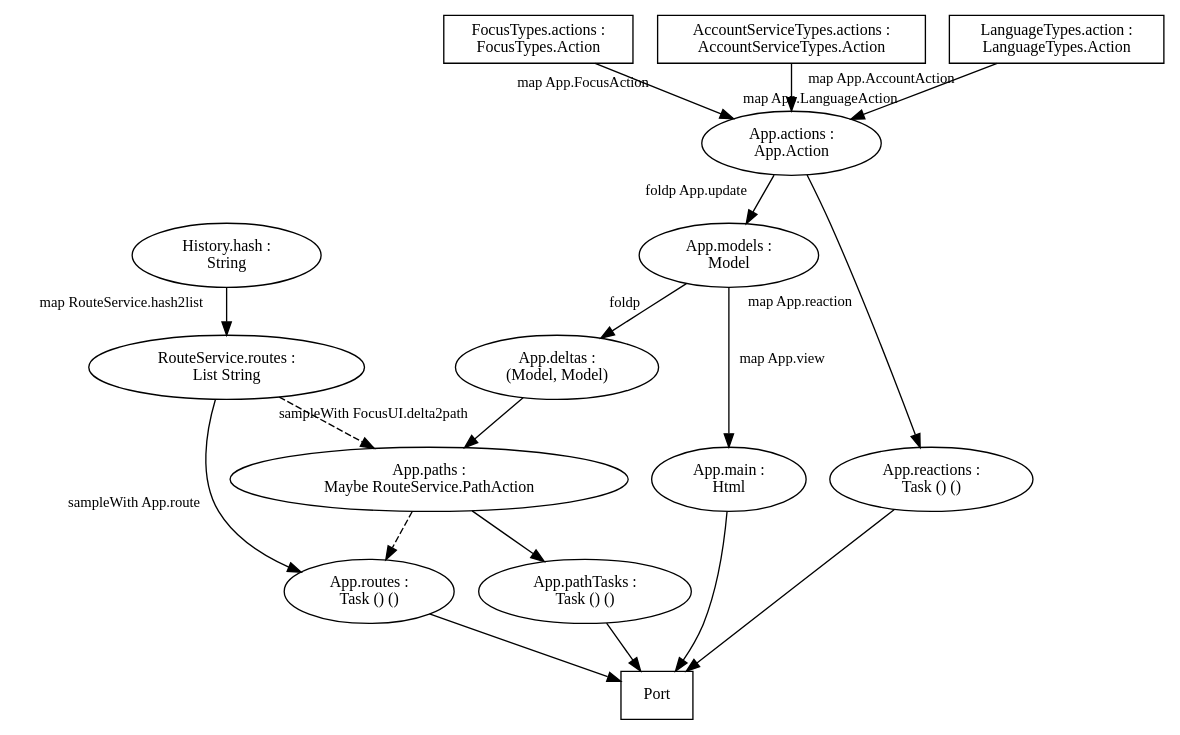
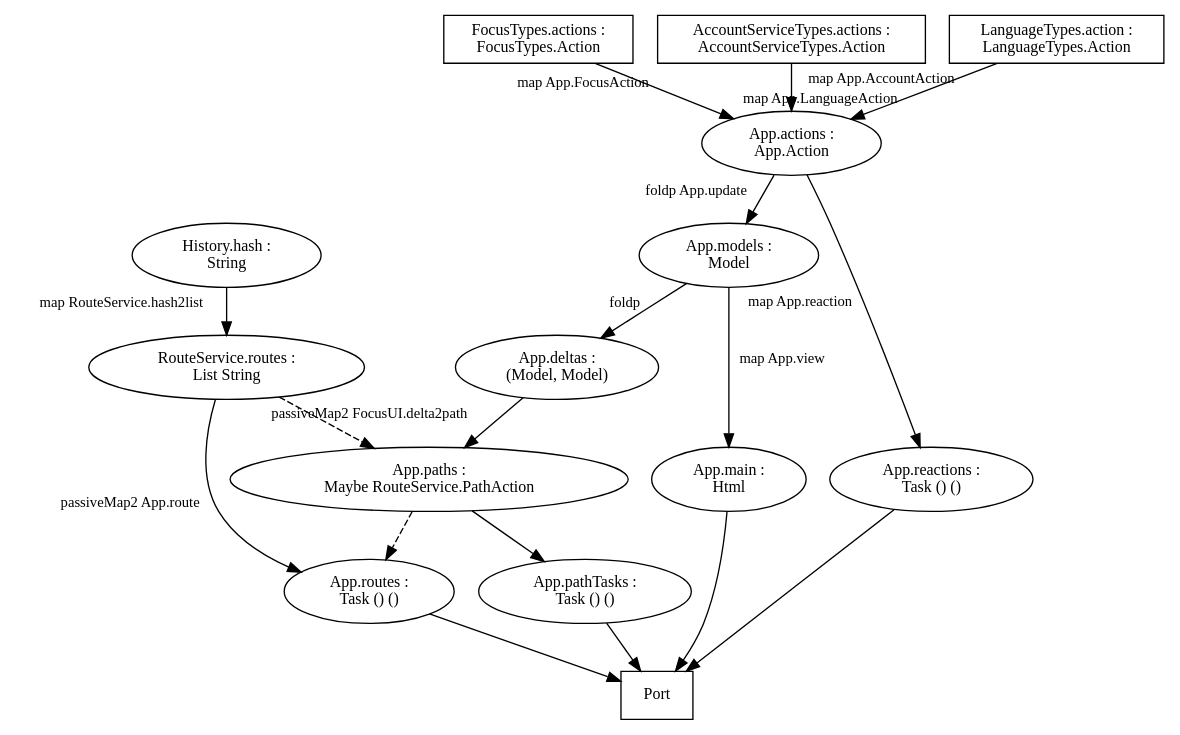
The diagram in src/main/elm/Signals.gv (rgrempel/csrs-elm), drawn with Graphviz before and after one commit. The commit also changed 13 other files, not shown here.

```diff
--- a/src/main/elm/Signals.gv
+++ b/src/main/elm/Signals.gv
@@ -1,129 +1,129 @@
 digraph "signals" {
     node
         [ fontsize = 12
         ];
     
     edge 
         [ fontsize = 11
         , labelfloat = true
         ];
 
     port
         [ label = "Port"
         , shape = "box"
         ]
 
     app_actions 
         [ label = "App.actions :\nApp.Action"
         ];
 
     focus_actions
         [ label = "FocusTypes.actions :\nFocusTypes.Action"
         , shape = polygon
         ];
 
     account_actions
         [ label = "AccountServiceTypes.actions :\nAccountServiceTypes.Action"
         , shape = polygon
         ];
 
     language_actions
         [ label = "LanguageTypes.action :\nLanguageTypes.Action"
         , shape = polygon
         ];
 
     app_models
         [ label = "App.models :\nModel"
         ];
 
     focus_actions -> app_actions
         [ xlabel = "map App.FocusAction"
         ];
 
     account_actions -> app_actions
         [ xlabel = "map App.AccountAction"
         ];
 
     language_actions -> app_actions
         [ xlabel = "        map App.LanguageAction"
         ];
 
     app_actions -> app_models
         [ xlabel = "foldp App.update"
         ];
 
     app_deltas
         [ label = "App.deltas :\n(Model, Model)"
         ];
 
     app_models -> app_deltas
         [ xlabel = "foldp"
         ];
 
     app_main
         [ label = "App.main :\nHtml"
         ];
 
     app_main -> port
 
     app_models -> app_main
         [ xlabel = "map App.view"
         ];
 
     app_reactions
        [ label = "App.reactions :\nTask () ()"
        ];
 
     app_reactions -> port
 
     app_actions -> app_reactions
         [ xlabel = "map App.reaction"
         ];
 
     history_hash
         [ label = "History.hash :\nString"
         ];
 
     route_routes
         [ label = "RouteService.routes :\nList String"
         ];
 
     history_hash -> route_routes
         [ xlabel = "map RouteService.hash2list"
         ];
 
     app_paths
         [ label = "App.paths :\nMaybe RouteService.PathAction"
         ];
 
     app_deltas -> app_paths
-        [ xlabel = "sampleWith FocusUI.delta2path"
+        [ xlabel = "passiveMap2 FocusUI.delta2path"
         ];
 
     route_routes -> app_paths
         [ style = "dashed"
         ];
 
     app_path_tasks 
         [ label = "App.pathTasks :\nTask () ()"
         ];
 
     app_paths -> app_path_tasks
 
     app_path_tasks -> port
 
     app_routes
         [ label = "App.routes :\nTask () ()"
         ];
 
     app_routes -> port
 
     route_routes -> app_routes
-        [ xlabel = "sampleWith App.route"
+        [ xlabel = "passiveMap2 App.route"
         ];
 
     app_paths -> app_routes
         [ style = "dashed"
         ];
 
 }
```
